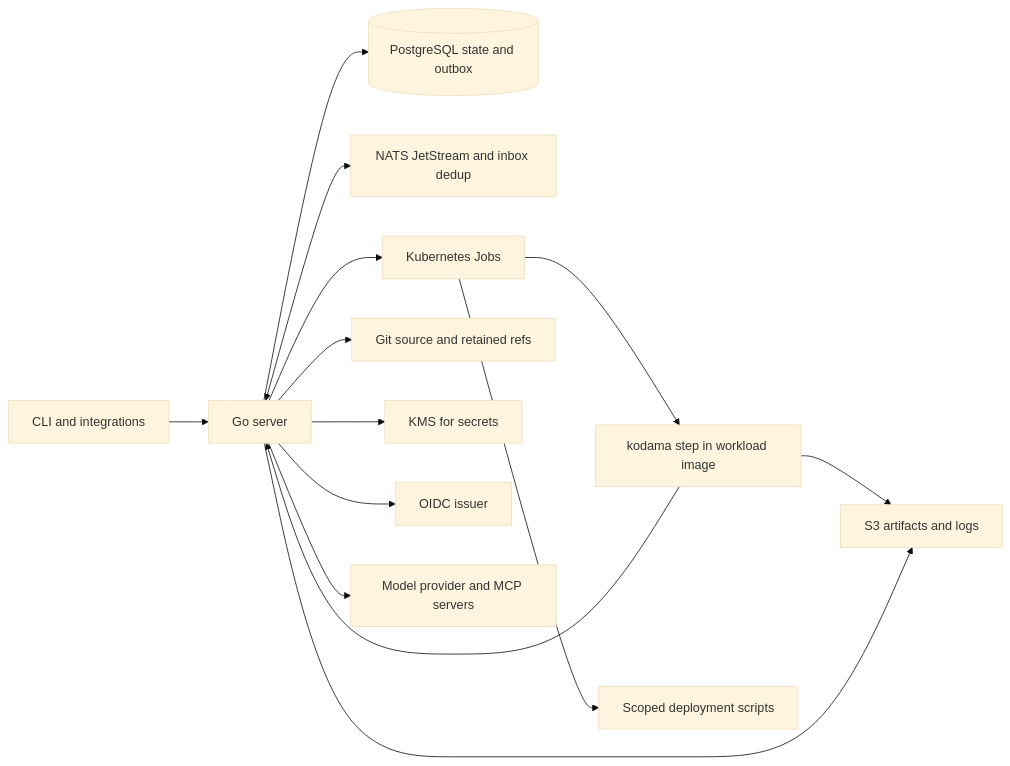
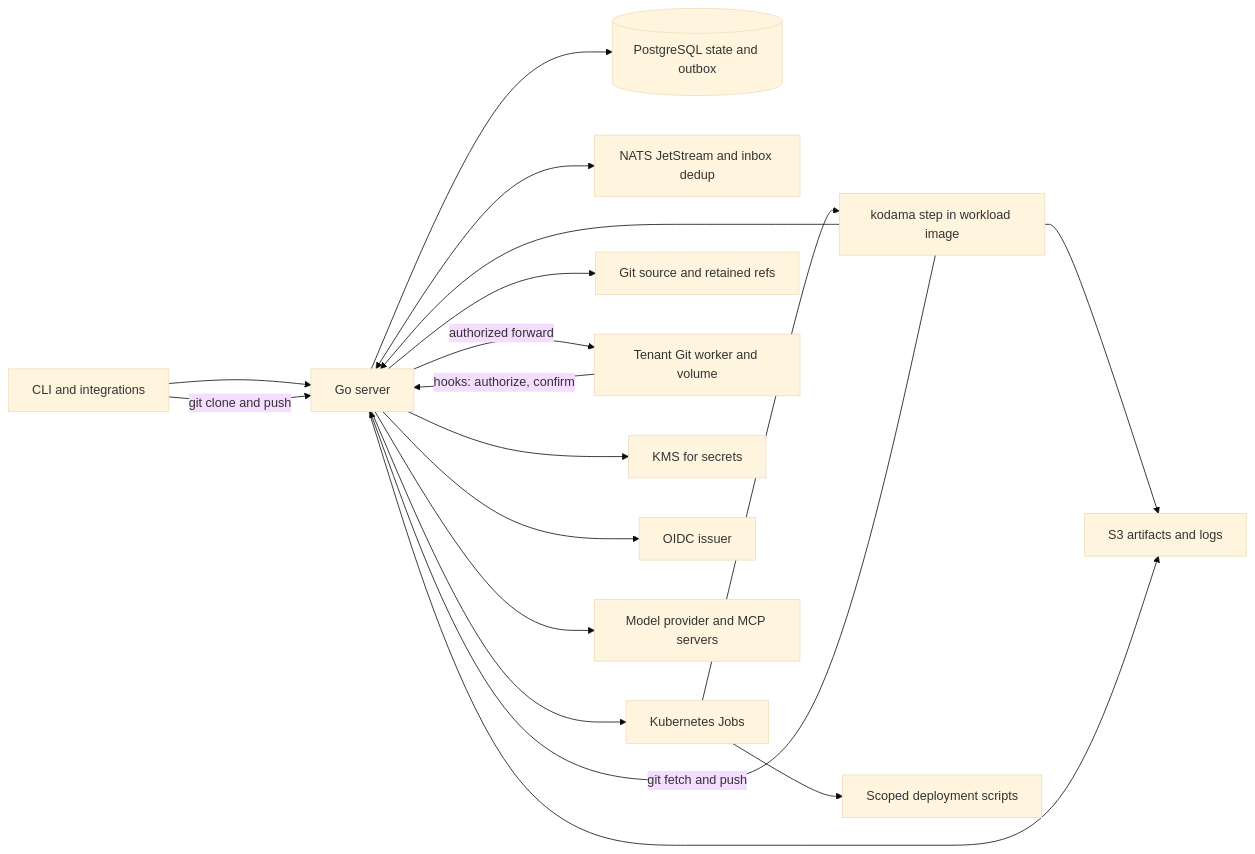
One commit to optimiware/kodama changed the diagram in docs/book/05-system-architecture.md. Above: the diagram before and after it, drawn with Mermaid (base theme). The commit also changed other lines of this file and 40 other files, not shown here.

First line of the commit message:
T-125: internal tenant Git service architecture and ADR 0011

````diff
--- a/docs/book/05-system-architecture.md
+++ b/docs/book/05-system-architecture.md
@@ -13,16 +13,20 @@
 ```mermaid
 flowchart LR
     Users[CLI and integrations] --> Server[Go server]
     Server --> PG[(PostgreSQL state and outbox)]
     Server <--> NATS[NATS JetStream and inbox dedup]
     Server --> K8s[Kubernetes Jobs]
     K8s --> Step[kodama step in workload image]
     Step --> Server
     Server --> Git[Git source and retained refs]
+    Users -->|"git clone and push"| Server
+    Step -->|"git fetch and push"| Server
+    Server -->|"authorized forward"| GitWorker[Tenant Git worker and volume]
+    GitWorker -->|"hooks: authorize, confirm"| Server
     Step --> S3[S3 artifacts and logs]
     Server --> S3
     Server --> KMS[KMS for secrets]
     Server --> IdP[OIDC issuer]
     Server --> Models[Model provider and MCP servers]
     K8s --> Targets[Scoped deployment scripts]
 ```
````
